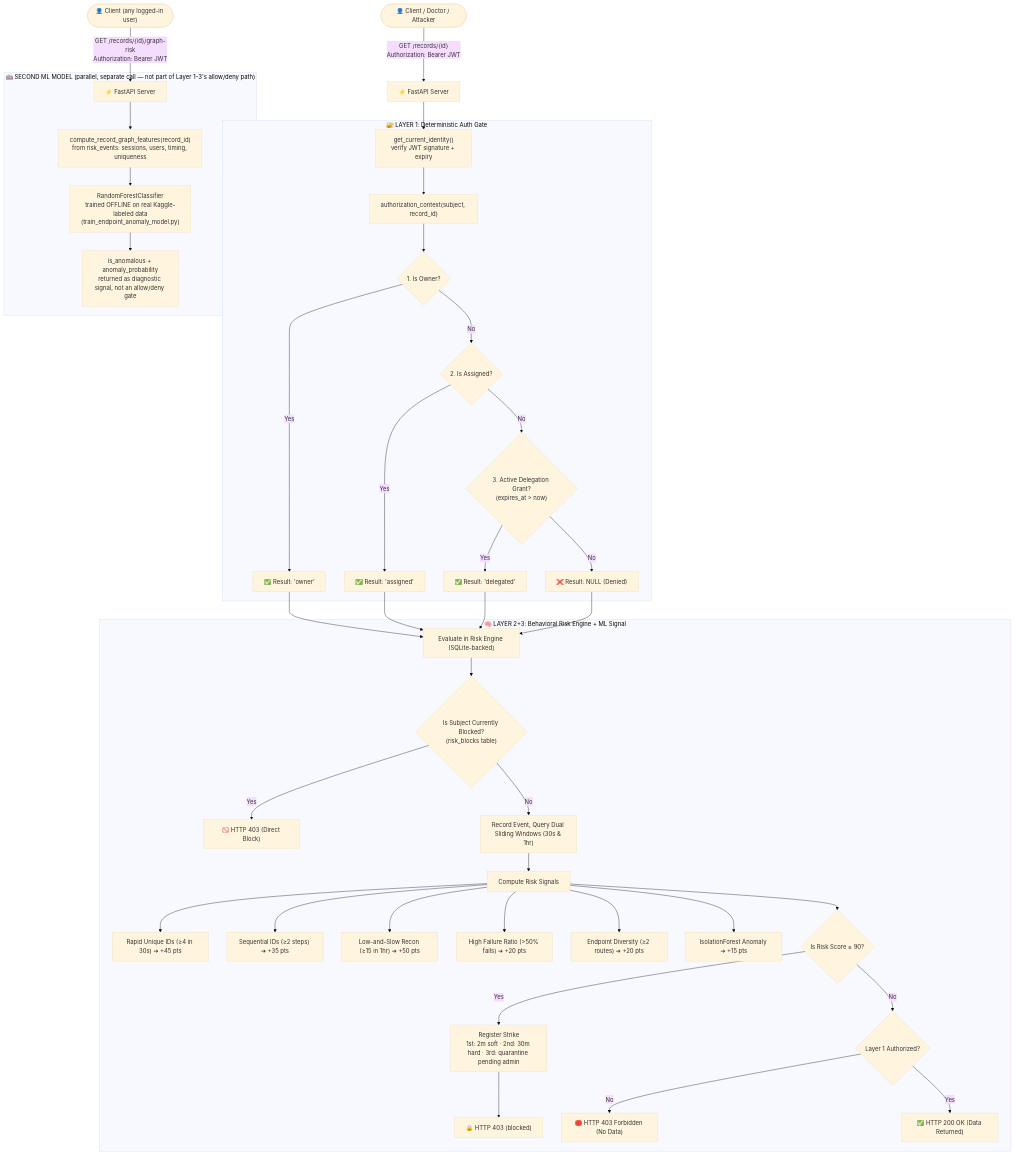
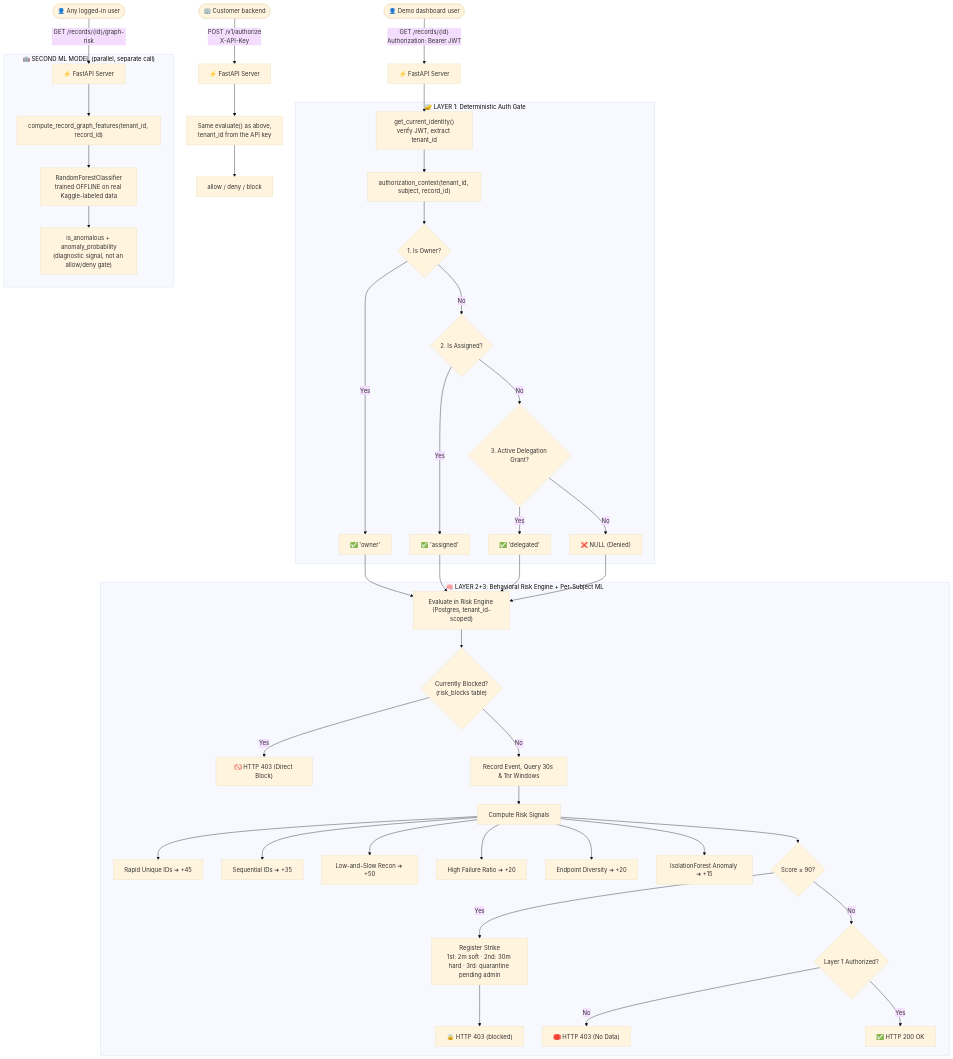
The diagram in README.md (BUILD-WITH-BARATH/Build_with_Barath_2.0), drawn with Mermaid (base theme) before and after one commit. The commit also changed other lines of this file, not shown here.

First line of the commit message:
docs: full README rewrite covering multi-tenant Postgres, dual ML, SDK

````diff
--- a/README.md
+++ b/README.md
@@ -60,46 +83,50 @@
 ```mermaid
 flowchart TD
-    Client(["👤 Client / Doctor / Attacker"]) -->|"GET /records/{id}<br/>Authorization: Bearer JWT"| API["⚡ FastAPI Server"]
-    API --> AuthGate["get_current_identity()<br/>verify JWT signature + expiry"]
+    Client(["👤 Demo dashboard user"]) -->|"GET /records/{id}<br/>Authorization: Bearer JWT"| API["⚡ FastAPI Server"]
+    API --> AuthGate["get_current_identity()<br/>verify JWT, extract tenant_id"]
 
     subgraph L1 ["🔐 LAYER 1: Deterministic Auth Gate"]
-        AuthGate --> AuthContext["authorization_context(subject, record_id)"]
+        AuthGate --> AuthContext["authorization_context(tenant_id, subject, record_id)"]
         AuthContext --> DB_Owner{"1. Is Owner?"}
-        DB_Owner -- Yes --> L1_Pass1["✅ Result: 'owner'"]
+        DB_Owner -- Yes --> L1_Pass1["✅ 'owner'"]
         DB_Owner -- No --> DB_Assign{"2. Is Assigned?"}
-        DB_Assign -- Yes --> L1_Pass2["✅ Result: 'assigned'"]
-        DB_Assign -- No --> DB_Grant{"3. Active Delegation Grant?<br/>(expires_at > now)"}
-        DB_Grant -- Yes --> L1_Pass3["✅ Result: 'delegated'"]
-        DB_Grant -- No --> L1_Deny["❌ Result: NULL (Denied)"]
+        DB_Assign -- Yes --> L1_Pass2["✅ 'assigned'"]
+        DB_Assign -- No --> DB_Grant{"3. Active Delegation Grant?"}
+        DB_Grant -- Yes --> L1_Pass3["✅ 'delegated'"]
+        DB_Grant -- No --> L1_Deny["❌ NULL (Denied)"]
     end
 
-    L1_Pass1 & L1_Pass2 & L1_Pass3 --> L2_Input["Evaluate in Risk Engine (SQLite-backed)"]
+    L1_Pass1 & L1_Pass2 & L1_Pass3 --> L2_Input["Evaluate in Risk Engine (Postgres, tenant_id-scoped)"]
     L1_Deny --> L2_Input
 
-    subgraph L2 ["🧠 LAYER 2+3: Behavioral Risk Engine + ML Signal"]
-        L2_Input --> HistoryCheck{"Is Subject Currently Blocked?<br/>(risk_blocks table)"}
+    subgraph L2 ["🧠 LAYER 2+3: Behavioral Risk Engine + Per-Subject ML"]
+        L2_Input --> HistoryCheck{"Currently Blocked?<br/>(risk_blocks table)"}
         HistoryCheck -- Yes --> ForceBlock["🚫 HTTP 403 (Direct Block)"]
-        HistoryCheck -- No --> WindowUpdate["Record Event, Query Dual Sliding Windows (30s & 1hr)"]
+        HistoryCheck -- No --> WindowUpdate["Record Event, Query 30s & 1hr Windows"]
         WindowUpdate --> RiskEval["Compute Risk Signals"]
-        RiskEval --> S1["Rapid Unique IDs (≥4 in 30s) ➔ +45 pts"]
-        RiskEval --> S2["Sequential IDs (≥2 steps) ➔ +35 pts"]
-        RiskEval --> S3["Low-and-Slow Recon (≥15 in 1hr) ➔ +50 pts"]
-        RiskEval --> S4["High Failure Ratio (>50% fails) ➔ +20 pts"]
-        RiskEval --> S5["Endpoint Diversity (≥2 routes) ➔ +20 pts"]
-        RiskEval --> S6["IsolationForest Anomaly ➔ +15 pts"]
+        RiskEval --> S1["Rapid Unique IDs ➔ +45"]
+        RiskEval --> S2["Sequential IDs ➔ +35"]
+        RiskEval --> S3["Low-and-Slow Recon ➔ +50"]
+        RiskEval --> S4["High Failure Ratio ➔ +20"]
+        RiskEval --> S5["Endpoint Diversity ➔ +20"]
+        RiskEval --> S6["IsolationForest Anomaly ➔ +15"]
 
-        RiskEval --> ScoreCheck{"Is Risk Score ≥ 90?"}
+        RiskEval --> ScoreCheck{"Score ≥ 90?"}
         ScoreCheck -- Yes --> Strike["Register Strike<br/>1st: 2m soft · 2nd: 30m hard · 3rd: quarantine pending admin"]
         Strike --> SetBlock["🔒 HTTP 403 (blocked)"]
         ScoreCheck -- No --> FinalCheck{"Layer 1 Authorized?"}
-        FinalCheck -- No --> DenyOut["🛑 HTTP 403 Forbidden (No Data)"]
-        FinalCheck -- Yes --> AllowOut["✅ HTTP 200 OK (Data Returned)"]
+        FinalCheck -- No --> DenyOut["🛑 HTTP 403 (No Data)"]
+        FinalCheck -- Yes --> AllowOut["✅ HTTP 200 OK"]
     end
 
-    Client2(["👤 Client (any logged-in user)"]) -->|"GET /records/{id}/graph-risk<br/>Authorization: Bearer JWT"| API2["⚡ FastAPI Server"]
-    subgraph L3 ["🤖 SECOND ML MODEL (parallel, separate call — not part of Layer 1-3's allow/deny path)"]
-        API2 --> Features["compute_record_graph_features(record_id)<br/>from risk_events: sessions, users, timing, uniqueness"]
-        Features --> RF["RandomForestClassifier<br/>trained OFFLINE on real Kaggle-labeled data<br/>(train_endpoint_anomaly_model.py)"]
-        RF --> GraphOut["is_anomalous + anomaly_probability<br/>returned as diagnostic signal, not an allow/deny gate"]
+    Customer(["🏢 Customer backend"]) -->|"POST /v1/authorize<br/>X-API-Key"| API2["⚡ FastAPI Server"]
+    API2 --> V1["Same evaluate() as above,<br/>tenant_id from the API key"]
+    V1 --> V1Out["allow / deny / block"]
+
+    Client2(["👤 Any logged-in user"]) -->|"GET /records/{id}/graph-risk"| API3["⚡ FastAPI Server"]
+    subgraph L3 ["🤖 SECOND ML MODEL (parallel, separate call)"]
+        API3 --> Features["compute_record_graph_features(tenant_id, record_id)"]
+        Features --> RF["RandomForestClassifier<br/>trained OFFLINE on real Kaggle-labeled data"]
+        RF --> GraphOut["is_anomalous + anomaly_probability<br/>(diagnostic signal, not an allow/deny gate)"]
     end
 ```
````
